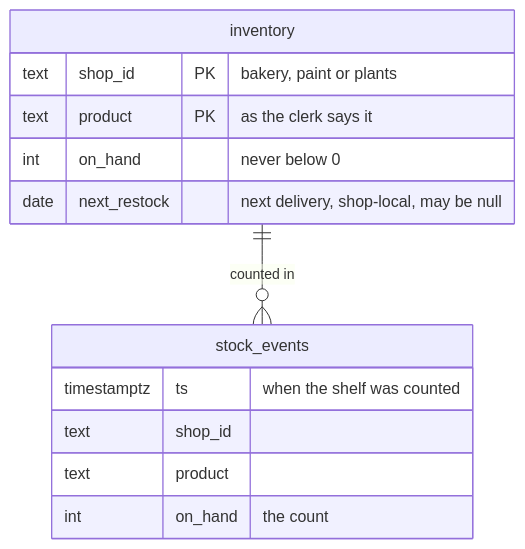
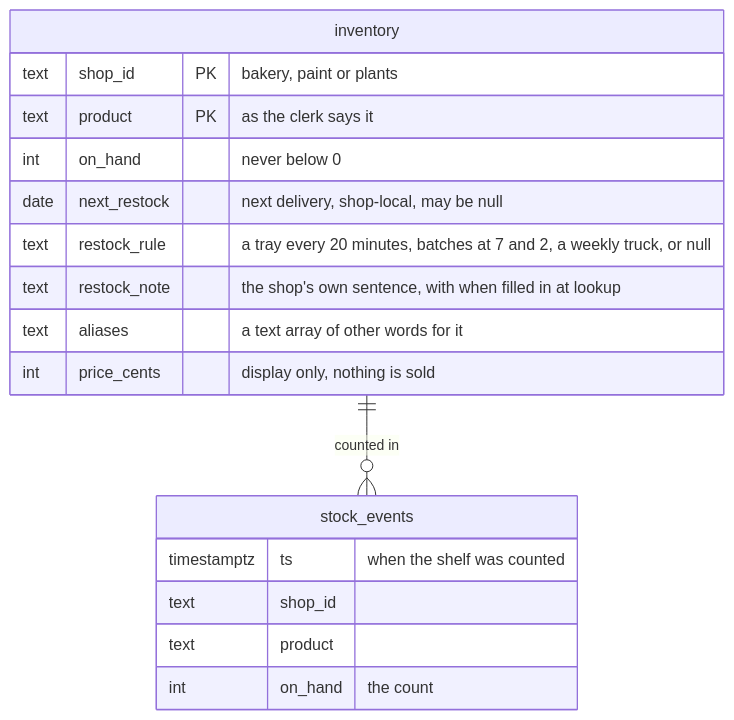
One commit to SergioB03/Peripie changed the second of 2 diagrams in docs/data-model.md. Above: the diagram before and after it, drawn with Mermaid. The commit also changed other lines of this file and 4 other files, not shown here.

````diff
--- a/docs/data-model.md
+++ b/docs/data-model.md
@@ -83,16 +93,20 @@
 ```mermaid
 erDiagram
     inventory ||--o{ stock_events : "counted in"
     inventory {
         text shop_id PK "bakery, paint or plants"
         text product PK "as the clerk says it"
         int on_hand "never below 0"
         date next_restock "next delivery, shop-local, may be null"
+        text restock_rule "a tray every 20 minutes, batches at 7 and 2, a weekly truck, or null"
+        text restock_note "the shop's own sentence, with when filled in at lookup"
+        text aliases "a text array of other words for it"
+        int price_cents "display only, nothing is sold"
     }
     stock_events {
         timestamptz ts "when the shelf was counted"
         text shop_id
         text product
         int on_hand "the count"
     }
 ```
````
